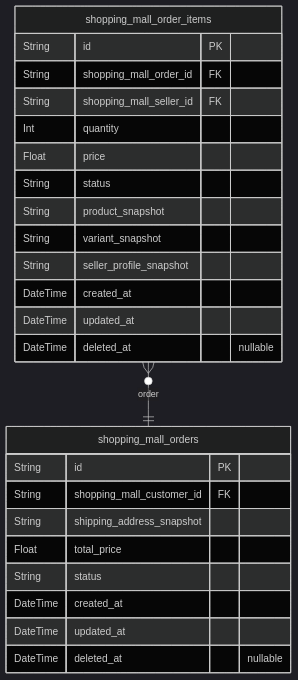
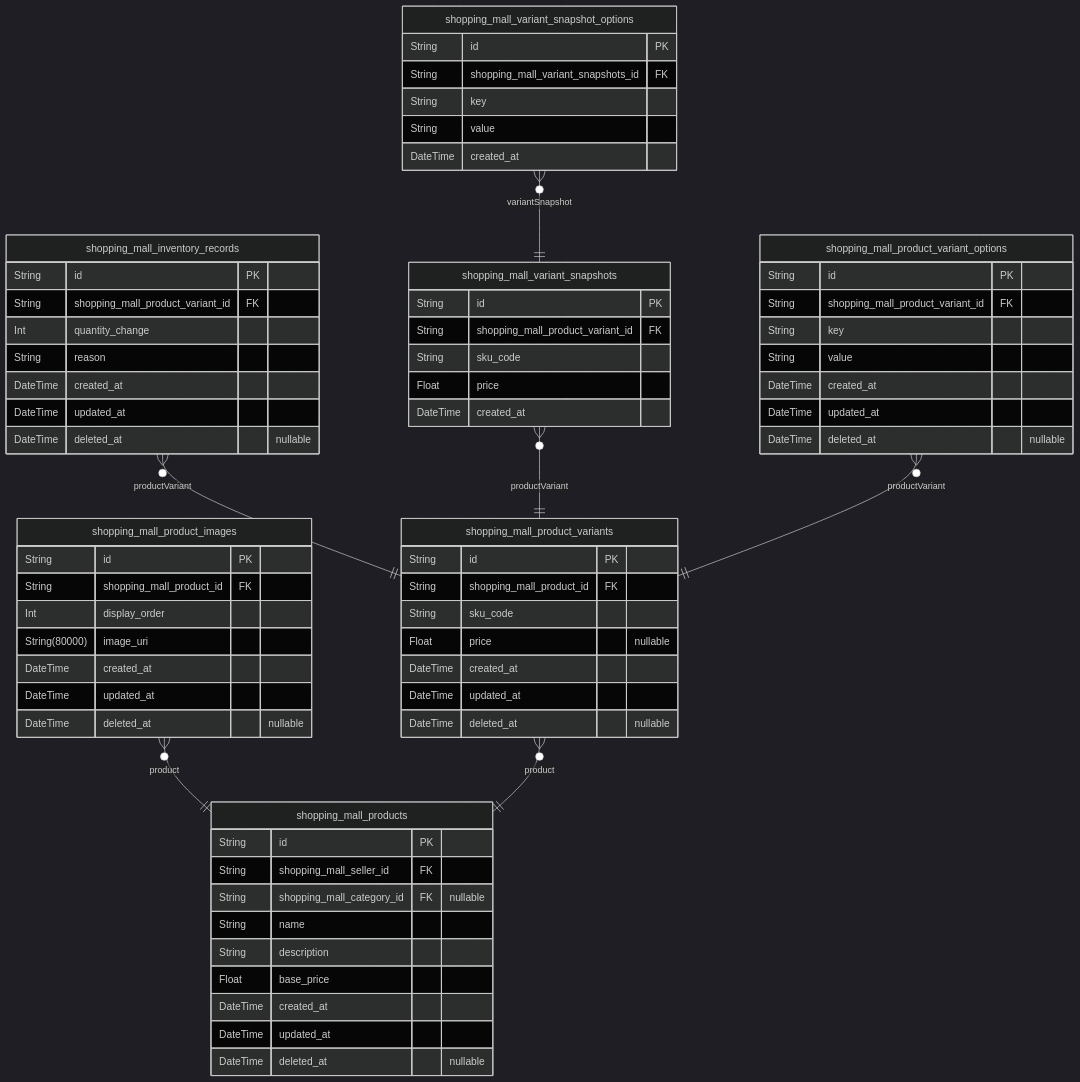
Before and after one commit to wrtnlabs/autobe-examples: the fourth of 10 diagrams in qwen/qwen3.5-27b/shopping/docs/ERD.md, drawn with Mermaid (dark theme). The commit also changed other lines of this file and 32093 other files, not shown here.

````diff
--- a/qwen/qwen3.5-27b/shopping/docs/ERD.md
+++ b/qwen/qwen3.5-27b/shopping/docs/ERD.md
@@ -831,28 +1350,70 @@
 ```mermaid
 erDiagram
-"shopping_mall_orders" {
+"shopping_mall_products" {
   String id PK
-  String shopping_mall_customer_id FK
-  String shipping_address_snapshot
-  Float total_price
-  String status
+  String shopping_mall_seller_id FK
+  String shopping_mall_category_id FK "nullable"
+  String name
+  String description
+  Float base_price
   DateTime created_at
   DateTime updated_at
   DateTime deleted_at "nullable"
 }
-"shopping_mall_order_items" {
+"shopping_mall_product_images" {
   String id PK
-  String shopping_mall_order_id FK
-  String shopping_mall_seller_id FK
-  Int quantity
-  Float price
-  String status
-  String product_snapshot
-  String variant_snapshot
-  String seller_profile_snapshot
+  String shopping_mall_product_id FK
+  Int display_order
+  String(80000) image_uri
   DateTime created_at
   DateTime updated_at
   DateTime deleted_at "nullable"
 }
-"shopping_mall_order_items" }o--|| "shopping_mall_orders" : order
+"shopping_mall_product_variants" {
+  String id PK
+  String shopping_mall_product_id FK
+  String sku_code
+  Float price "nullable"
+  DateTime created_at
+  DateTime updated_at
+  DateTime deleted_at "nullable"
+}
+"shopping_mall_inventory_records" {
+  String id PK
+  String shopping_mall_product_variant_id FK
+  Int quantity_change
+  String reason
+  DateTime created_at
+  DateTime updated_at
+  DateTime deleted_at "nullable"
+}
+"shopping_mall_variant_snapshots" {
+  String id PK
+  String shopping_mall_product_variant_id FK
+  String sku_code
+  Float price
+  DateTime created_at
+}
+"shopping_mall_product_variant_options" {
+  String id PK
+  String shopping_mall_product_variant_id FK
+  String key
+  String value
+  DateTime created_at
+  DateTime updated_at
+  DateTime deleted_at "nullable"
+}
+"shopping_mall_variant_snapshot_options" {
+  String id PK
+  String shopping_mall_variant_snapshots_id FK
+  String key
+  String value
+  DateTime created_at
+}
+"shopping_mall_product_images" }o--|| "shopping_mall_products" : product
+"shopping_mall_product_variants" }o--|| "shopping_mall_products" : product
+"shopping_mall_inventory_records" }o--|| "shopping_mall_product_variants" : productVariant
+"shopping_mall_variant_snapshots" }o--|| "shopping_mall_product_variants" : productVariant
+"shopping_mall_product_variant_options" }o--|| "shopping_mall_product_variants" : productVariant
+"shopping_mall_variant_snapshot_options" }o--|| "shopping_mall_variant_snapshots" : variantSnapshot
 ```
````
